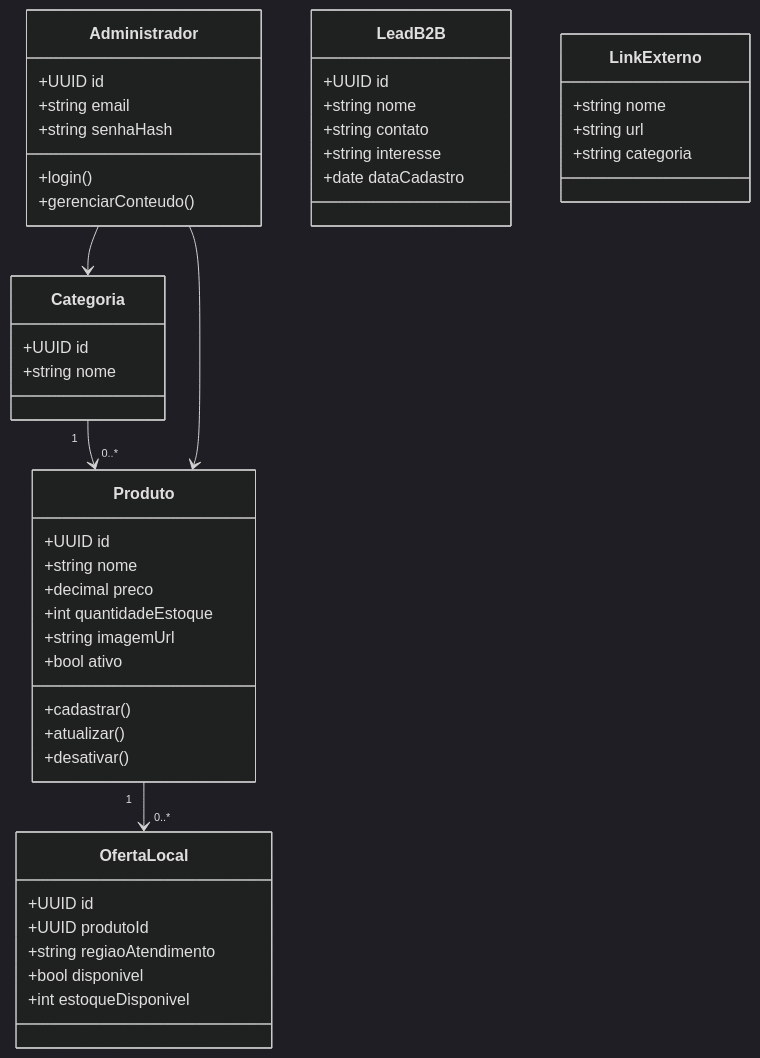
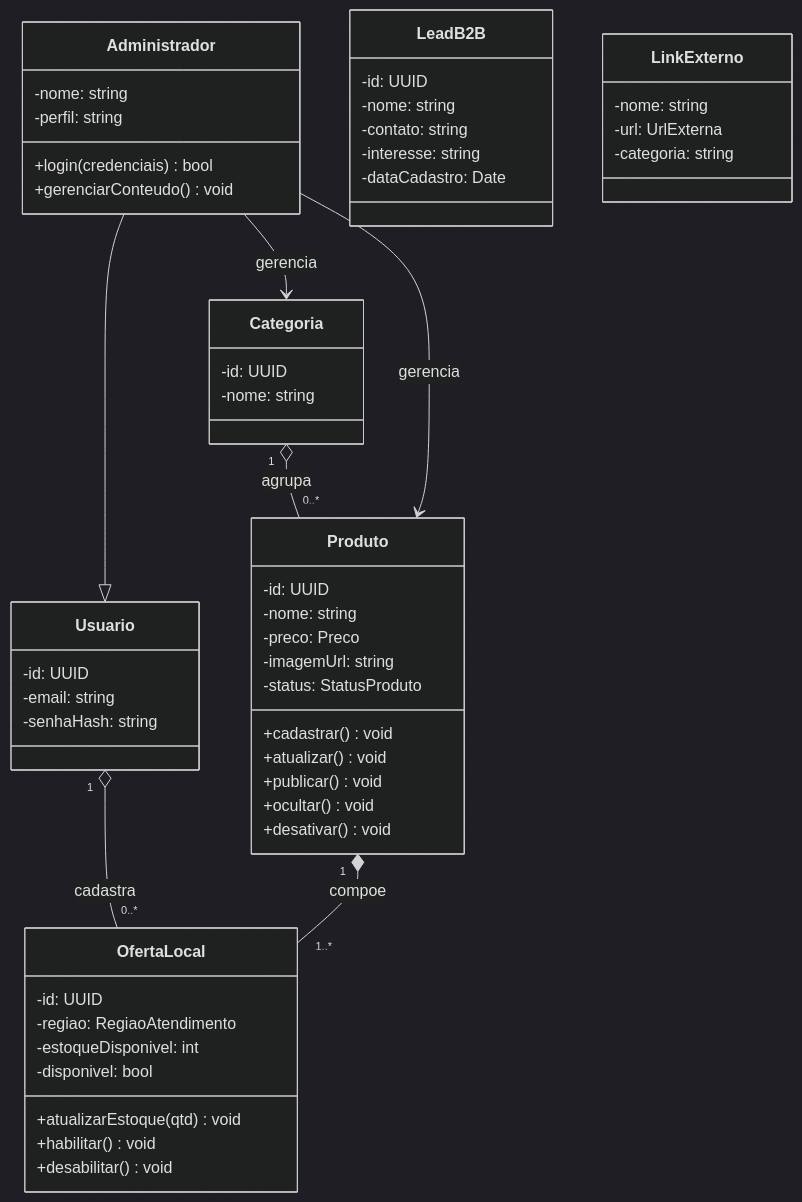
One commit to LuHenRe/Projeto-Revendedora-Atlantica-Natural changed the diagram in docs/arquitetura/04-diagrama-classes.md. Above: the diagram before and after it, drawn with Mermaid (dark theme). The commit also changed other lines of this file and 24 other files, not shown here.

Commit message:
Refactor architecture documentation: update requirements, use cases, class diagrams, and add state and activity diagrams

````diff
--- a/docs/arquitetura/04-diagrama-classes.md
+++ b/docs/arquitetura/04-diagrama-classes.md
@@ -38,54 +59,64 @@
 ```mermaid
 classDiagram
+    class Usuario {
+        -id: UUID
+        -email: string
+        -senhaHash: string
+    }
+
+    class Administrador {
+        -nome: string
+        -perfil: string
+        +login(credenciais) bool
+        +gerenciarConteudo() void
+    }
+
     class Categoria {
-        +UUID id
-        +string nome
+        -id: UUID
+        -nome: string
     }
 
     class Produto {
-        +UUID id
-        +string nome
-        +decimal preco
-        +int quantidadeEstoque
-        +string imagemUrl
-        +bool ativo
-        +cadastrar()
-        +atualizar()
-        +desativar()
+        -id: UUID
+        -nome: string
+        -preco: Preco
+        -imagemUrl: string
+        -status: StatusProduto
+        +cadastrar() void
+        +atualizar() void
+        +publicar() void
+        +ocultar() void
+        +desativar() void
     }
 
     class OfertaLocal {
-        +UUID id
-        +UUID produtoId
-        +string regiaoAtendimento
-        +bool disponivel
-        +int estoqueDisponivel
-    }
-
-    class Administrador {
-        +UUID id
-        +string email
-        +string senhaHash
-        +login()
-        +gerenciarConteudo()
+        -id: UUID
+        -regiao: RegiaoAtendimento
+        -estoqueDisponivel: int
+        -disponivel: bool
+        +atualizarEstoque(qtd) void
+        +habilitar() void
+        +desabilitar() void
     }
 
     class LeadB2B {
-        +UUID id
-        +string nome
-        +string contato
-        +string interesse
-        +date dataCadastro
+        -id: UUID
+        -nome: string
+        -contato: string
+        -interesse: string
+        -dataCadastro: Date
     }
 
     class LinkExterno {
-        +string nome
-        +string url
-        +string categoria
+        -nome: string
+        -url: UrlExterna
+        -categoria: string
     }
 
-    Categoria "1" --> "0..*" Produto
-    Produto "1" --> "0..*" OfertaLocal
-    Administrador --> Produto
-    Administrador --> Categoria
+    Administrador --|> Usuario
+    Usuario "1" o-- "0..*" OfertaLocal : cadastra
+    Categoria "1" o-- "0..*" Produto : agrupa
+    Produto "1" *-- "1..*" OfertaLocal : compoe
+    Administrador --> Produto : gerencia
+    Administrador --> Categoria : gerencia
 ```
````
